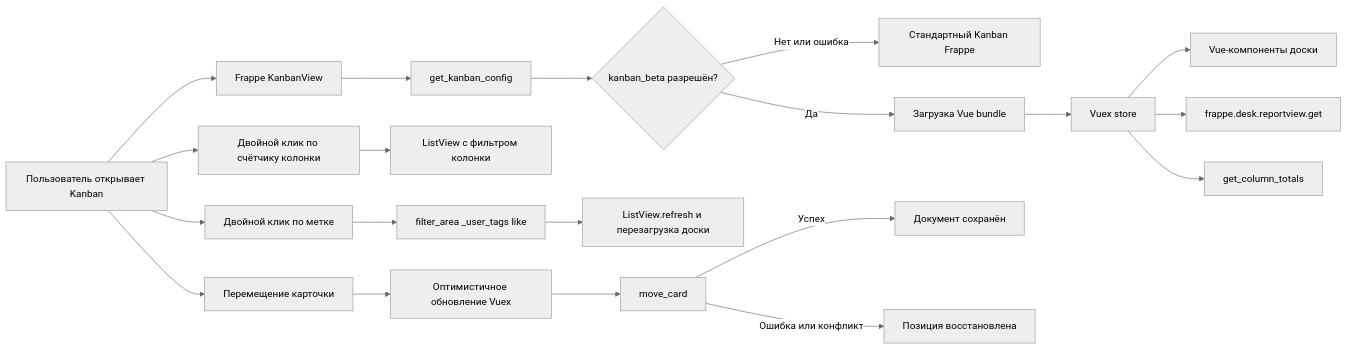
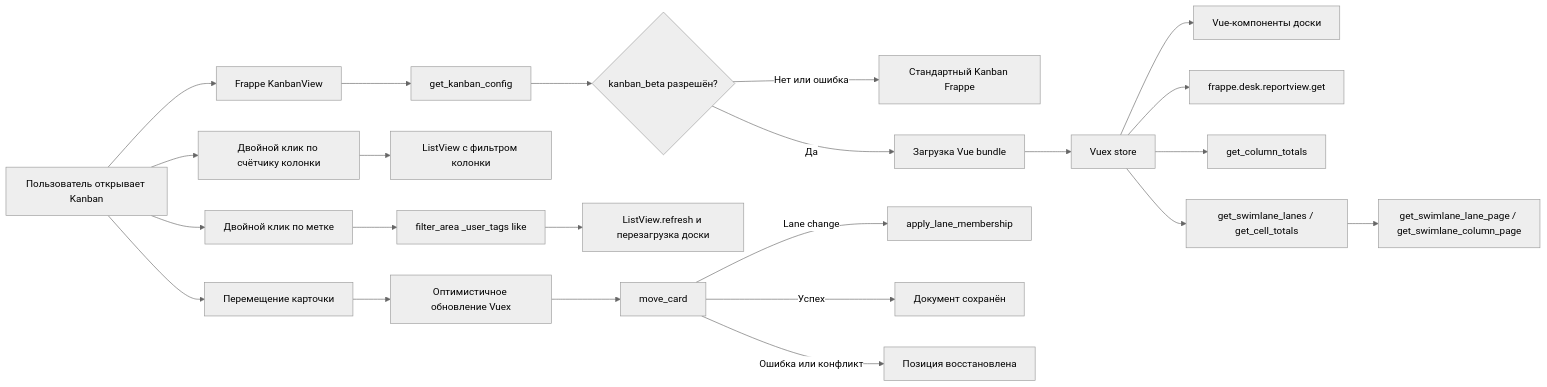
One commit to Dinext-pro/dinext_kanban changed the diagram in README.md. Above: the diagram before and after it, drawn with Mermaid (neutral theme). The commit also changed other lines of this file and 54 other files, not shown here.

Commit message:
feat: enhance Kanban board with swimlane support, allowing users to organize tasks by lanes; implement drag-and-drop functionality for card movement across lanes, and add tests for lane expansion and card visibility in collapsed columns

````diff
--- a/README.md
+++ b/README.md
@@ -466,22 +522,25 @@
 ```mermaid
 flowchart LR
     User[Пользователь открывает Kanban] --> Native[Frappe KanbanView]
     Native --> Config[get_kanban_config]
     Config --> Decision{kanban_beta разрешён?}
     Decision -->|Нет или ошибка| Standard[Стандартный Kanban Frappe]
     Decision -->|Да| Bundle[Загрузка Vue bundle]
     Bundle --> Store[Vuex store]
     Store --> Board[Vue-компоненты доски]
     Store --> ListAPI[frappe.desk.reportview.get]
     Store --> Totals[get_column_totals]
+    Store --> SwimLanes[get_swimlane_lanes / get_cell_totals]
+    SwimLanes --> CellPage[get_swimlane_lane_page / get_swimlane_column_page]
     User --> ListNav[Двойной клик по счётчику колонки]
     ListNav --> ListView[ListView с фильтром колонки]
     User --> TagFilter[Двойной клик по метке]
     TagFilter --> FilterArea[filter_area _user_tags like]
     FilterArea --> Refresh[ListView.refresh и перезагрузка доски]
     User --> Move[Перемещение карточки]
     Move --> Optimistic[Оптимистичное обновление Vuex]
     Optimistic --> MoveAPI[move_card]
+    MoveAPI -->|Lane change| LaneMem[apply_lane_membership]
     MoveAPI -->|Успех| Saved[Документ сохранён]
     MoveAPI -->|Ошибка или конфликт| Rollback[Позиция восстановлена]
 ```
````
